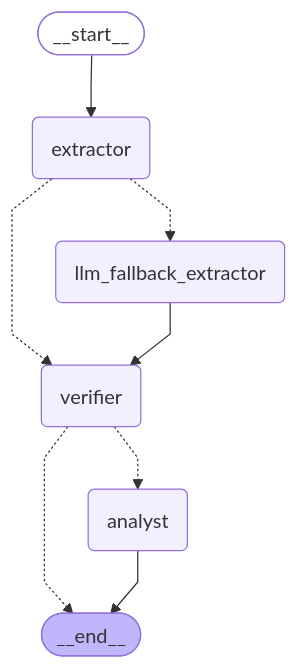
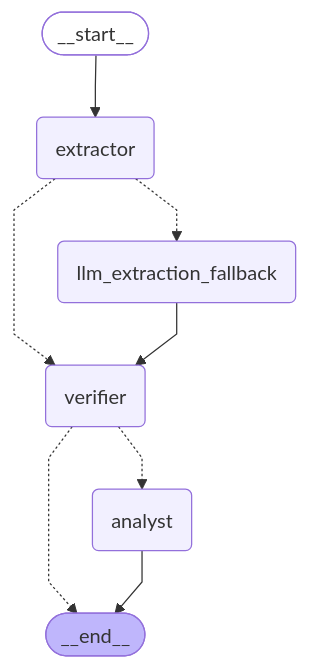
One commit to iva2020dev/reinsurance-treaty-agent changed the diagram in README.md. Above: the diagram before and after it, drawn with Mermaid. The commit also changed other lines of this file and 8 other files, not shown here.

First line of the commit message:
Redesign fuzzy fixture, rename LLM Extraction Fallback, clarify Regex logs (#29)

````diff
--- a/README.md
+++ b/README.md
@@ -21,24 +21,24 @@
 ```mermaid
 ---
 config:
   flowchart:
     curve: linear
 ---
 graph TD;
 	__start__([<p>__start__</p>]):::first
 	extractor(extractor)
-	llm_fallback_extractor(llm_fallback_extractor)
+	llm_extraction_fallback(llm_extraction_fallback)
 	verifier(verifier)
 	analyst(analyst)
 	__end__([<p>__end__</p>]):::last
 	__start__ --> extractor;
-	extractor -.-> llm_fallback_extractor;
+	extractor -.-> llm_extraction_fallback;
 	extractor -.-> verifier;
-	llm_fallback_extractor --> verifier;
+	llm_extraction_fallback --> verifier;
 	verifier -.-> __end__;
 	verifier -.-> analyst;
 	analyst --> __end__;
 	classDef default fill:#f2f0ff,line-height:1.2
 	classDef first fill-opacity:0
 	classDef last fill:#bfb6fc
 ```
````
